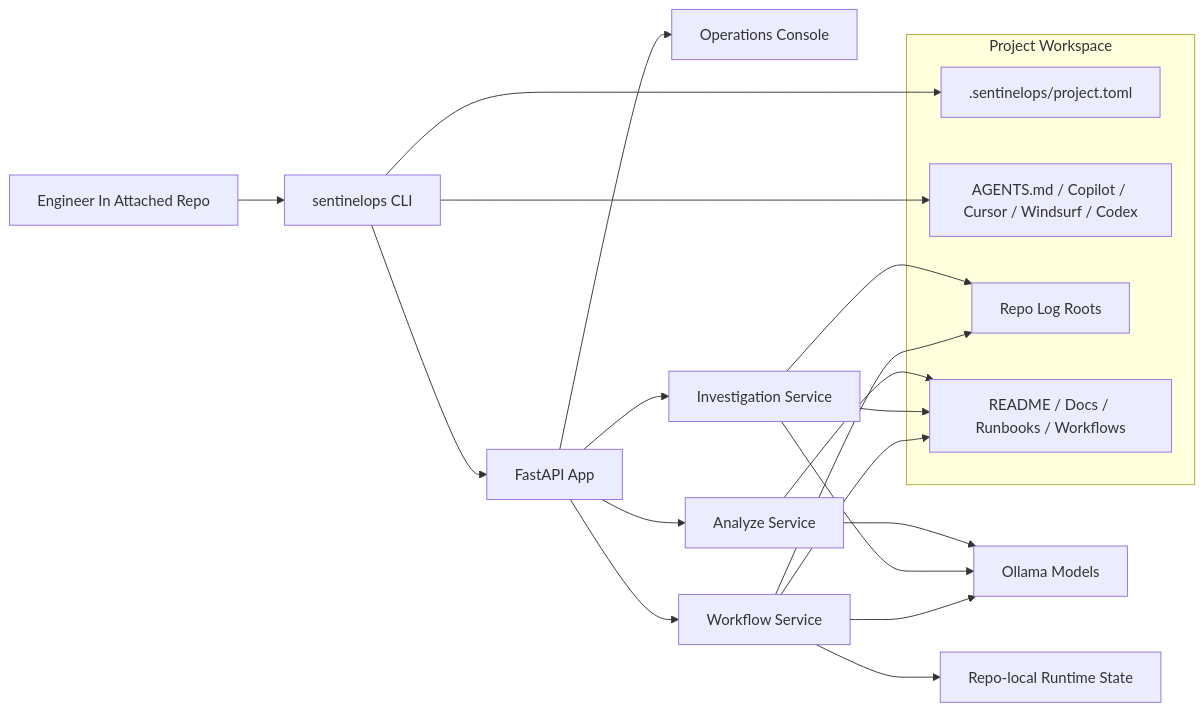
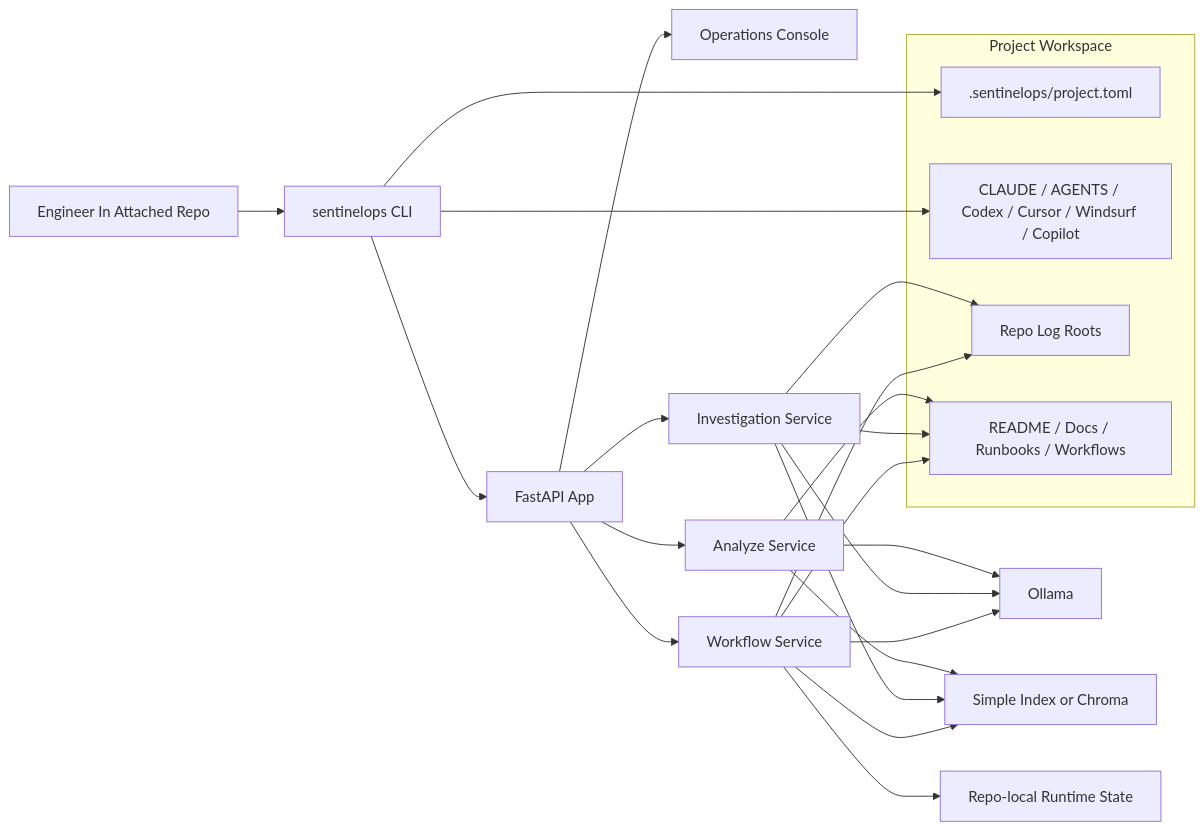
One commit to saikumar1767/Sentinel-Ops changed the first of 5 diagrams in README.md. Above: the diagram before and after it, drawn with Mermaid. The commit also changed other lines of this file and 39 other files, not shown here.

````diff
--- a/README.md
+++ b/README.md
@@ -149,26 +172,29 @@
 ```mermaid
 flowchart LR
     Engineer["Engineer In Attached Repo"] --> CLI["sentinelops CLI"]
     subgraph Repo["Project Workspace"]
         Config[".sentinelops/project.toml"]
-        AgentFiles["AGENTS.md / Copilot / Cursor / Windsurf / Codex"]
+        AgentFiles["CLAUDE / AGENTS / Codex / Cursor / Windsurf / Copilot"]
         Logs["Repo Log Roots"]
         Docs["README / Docs / Runbooks / Workflows"]
     end
     CLI --> Config
     CLI --> AgentFiles
     CLI --> API["FastAPI App"]
     API --> Console["Operations Console"]
     API --> Analyze["Analyze Service"]
     API --> Investigate["Investigation Service"]
     API --> Workflow["Workflow Service"]
     Analyze --> Docs
     Investigate --> Docs
     Investigate --> Logs
     Workflow --> Docs
     Workflow --> Logs
-    Analyze --> Models["Ollama Models"]
+    Analyze --> Models["Ollama"]
     Investigate --> Models
     Workflow --> Models
+    Analyze --> Retrieval["Simple Index or Chroma"]
+    Investigate --> Retrieval
+    Workflow --> Retrieval
     Workflow --> RuntimeState["Repo-local Runtime State"]
 ```
````
